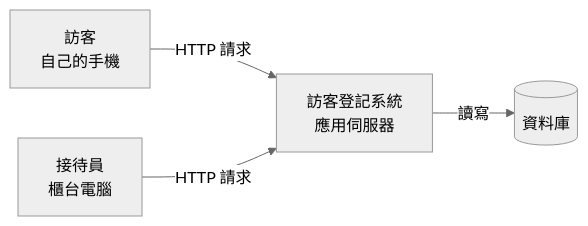
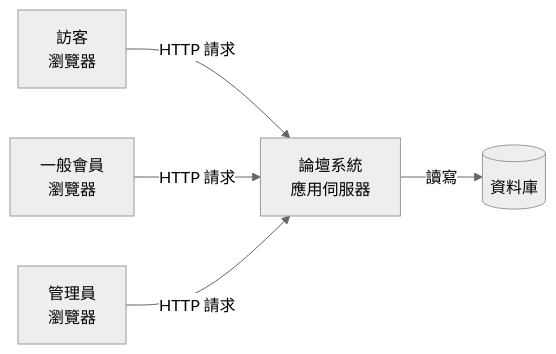
Before and after one commit to billy1125/system-analysis-and-design: the first of 3 diagrams in 01-Course-Materials/08-System-Architecture.md, drawn with Mermaid (neutral theme). The commit also changed other lines of this file and 17 other files, not shown here.

````diff
--- a/01-Course-Materials/08-System-Architecture.md
+++ b/01-Course-Materials/08-System-Architecture.md
@@ -64,11 +64,13 @@
 ```mermaid
 flowchart LR
-    U1[訪客<br/>自己的手機]
-    U2[接待員<br/>櫃台電腦]
-    APP[訪客登記系統<br/>應用伺服器]
+    U1[訪客<br/>瀏覽器]
+    U2[一般會員<br/>瀏覽器]
+    U3[管理員<br/>瀏覽器]
+    APP[論壇系統<br/>應用伺服器]
     DB[(資料庫)]
 
     U1 -->|HTTP 請求| APP
     U2 -->|HTTP 請求| APP
+    U3 -->|HTTP 請求| APP
     APP -->|讀寫| DB
 ```
````
